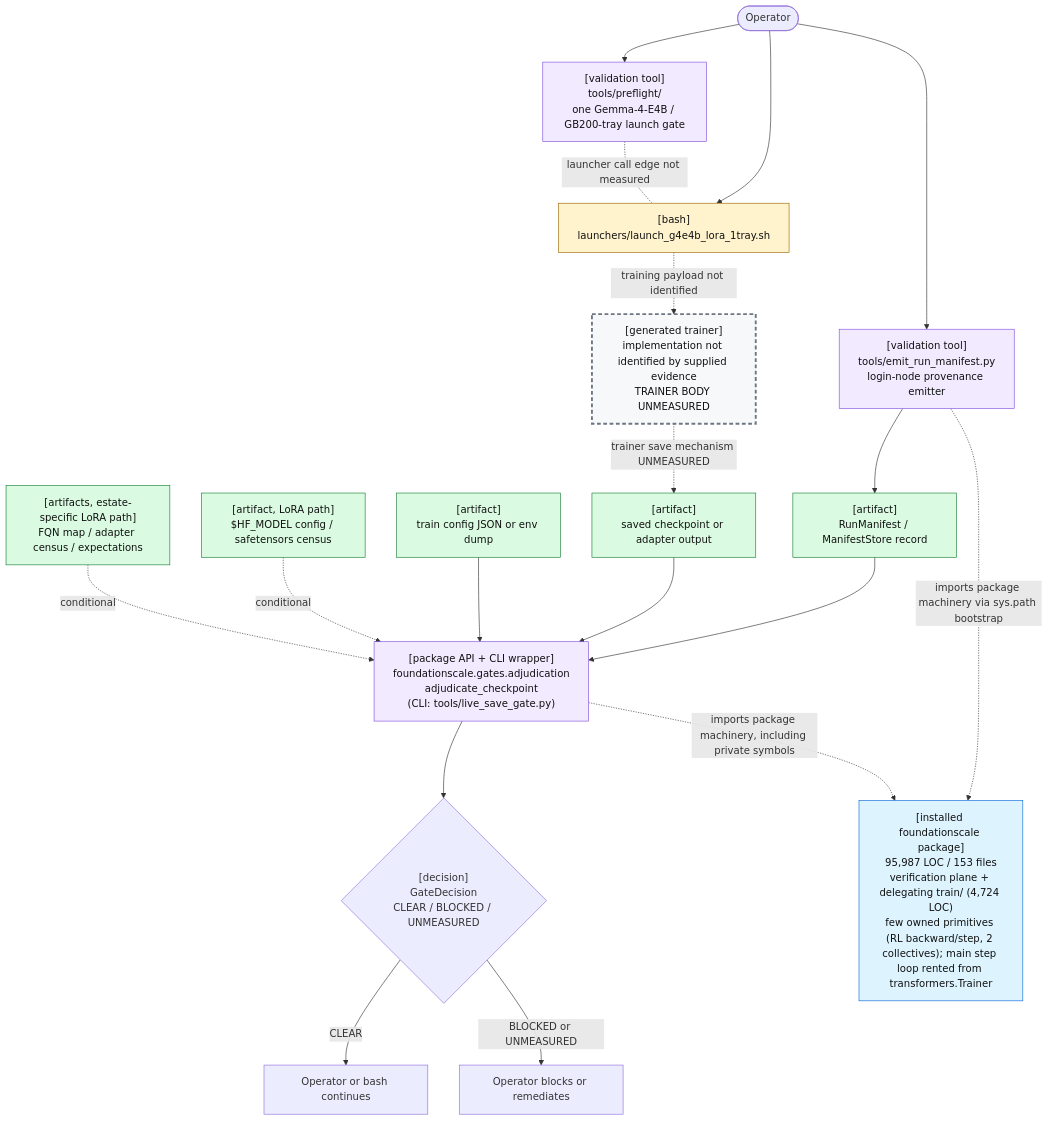
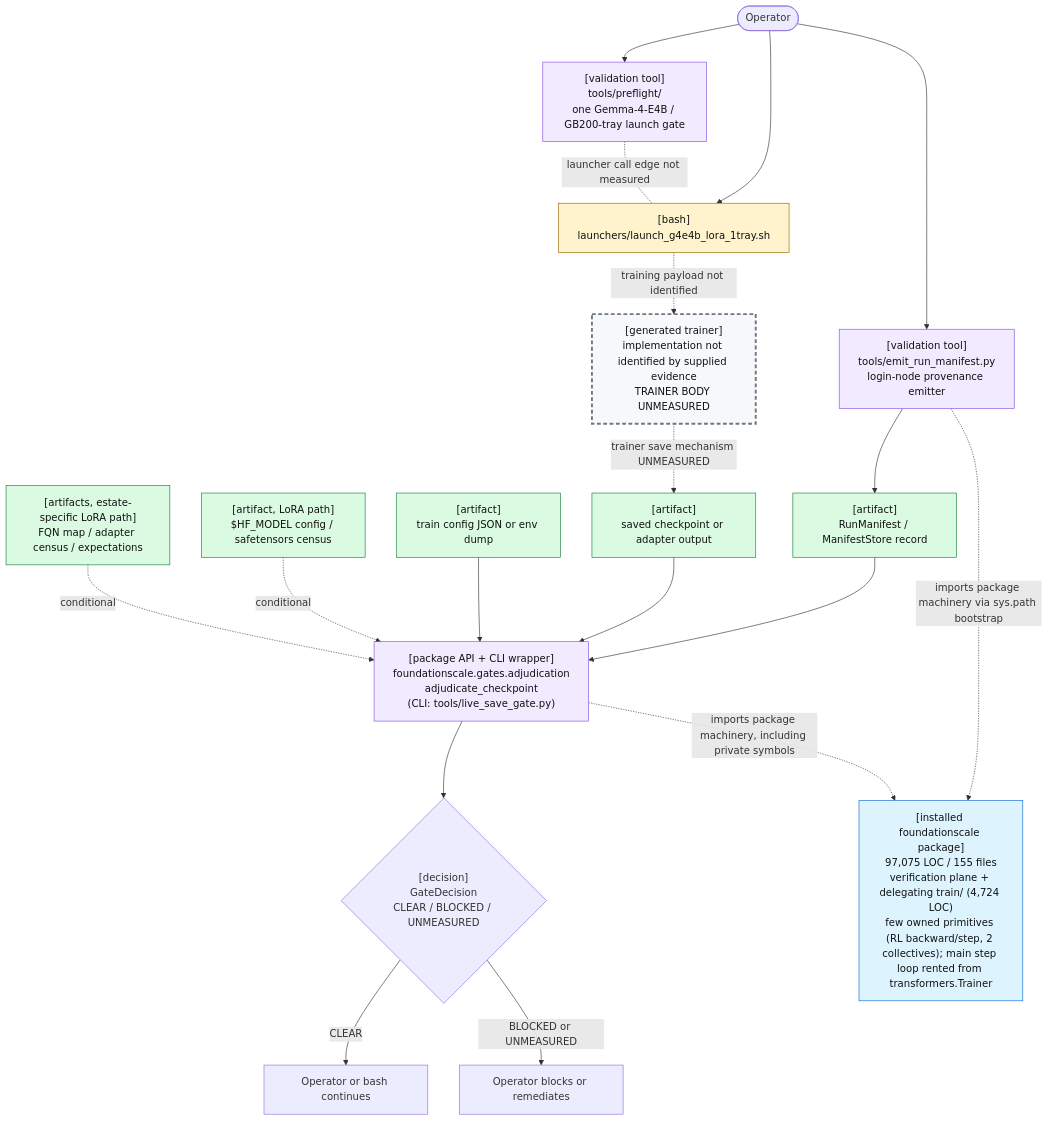
Before and after one commit to TranNhiem/FoundationScale: the first of 2 diagrams in docs/review/D2_current_architecture.md, drawn with Mermaid. The commit also changed other lines of this file and 16 other files, not shown here.

````diff
--- a/docs/review/D2_current_architecture.md
+++ b/docs/review/D2_current_architecture.md
@@ -25,59 +25,59 @@
 ```mermaid
 flowchart TB
   O(["Operator"])
 
   PF["[validation tool]<br/>tools/preflight/<br/>one Gemma-4-E4B / GB200-tray launch gate"]
   L["[bash]<br/>launchers/launch_g4e4b_lora_1tray.sh"]
 
   E["[validation tool]<br/>tools/emit_run_manifest.py<br/>login-node provenance emitter"]
   M["[artifact]<br/>RunManifest / ManifestStore record"]
 
   T["[generated trainer]<br/>implementation not identified by supplied evidence<br/>TRAINER BODY UNMEASURED"]
   C["[artifact]<br/>saved checkpoint or adapter output"]
 
   G["[package API + CLI wrapper]<br/>foundationscale.gates.adjudication<br/>adjudicate_checkpoint<br/>(CLI: tools/live_save_gate.py)"]
   CFG["[artifact]<br/>train config JSON or env dump"]
   BASE["[artifact, LoRA path]<br/>$HF_MODEL config / safetensors census"]
   CEN["[artifacts, estate-specific LoRA path]<br/>FQN map / adapter census / expectations"]
 
   D{"[decision]<br/>GateDecision<br/>CLEAR / BLOCKED / UNMEASURED"}
   OK["Operator or bash continues"]
   NO["Operator blocks or remediates"]
 
-  PKG["[installed foundationscale package]<br/>95,987 LOC / 153 files<br/>verification plane + delegating train/ (4,724 LOC)<br/>few owned primitives (RL backward/step, 2 collectives); main step loop rented from transformers.Trainer"]
+  PKG["[installed foundationscale package]<br/>97,075 LOC / 155 files<br/>verification plane + delegating train/ (4,724 LOC)<br/>few owned primitives (RL backward/step, 2 collectives); main step loop rented from transformers.Trainer"]
 
   O --> PF
   O --> L
   PF -. "launcher call edge not measured" .- L
 
   O --> E
   E --> M
 
   L -. "training payload not identified" .-> T
   T -. "trainer save mechanism UNMEASURED" .-> C
 
   M --> G
   C --> G
   CFG --> G
   BASE -. "conditional" .-> G
   CEN -. "conditional" .-> G
 
   E -. "imports package machinery via sys.path bootstrap" .-> PKG
   G -. "imports package machinery, including private symbols" .-> PKG
 
   G --> D
   D -->|"CLEAR"| OK
   D -->|"BLOCKED or UNMEASURED"| NO
 
   classDef bash fill:#fff3cd,stroke:#9a6700,color:#111;
   classDef tool fill:#f2eaff,stroke:#8250df,color:#111;
   classDef artifact fill:#dafbe1,stroke:#1a7f37,color:#111;
   classDef gap fill:#f6f8fa,stroke:#6e7781,stroke-width:3px,stroke-dasharray: 6 4,color:#111;
   classDef pkg fill:#ddf4ff,stroke:#0969da,color:#111;
 
   class L bash;
   class PF,E,G tool;
   class M,C,CFG,BASE,CEN artifact;
   class T gap;
   class PKG pkg;
 ```
````
